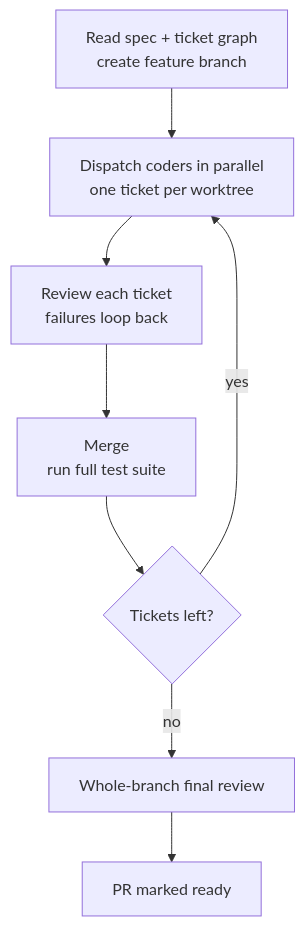
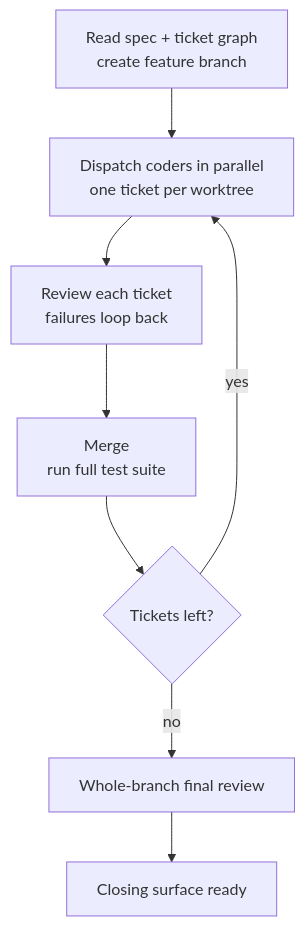
One commit to toomanyopenfiles/pi-matt-implement-flow changed the diagram in README.md. Above: the diagram before and after it, drawn with Mermaid. The commit also changed other lines of this file and 1 other file, not shown here.

````diff
--- a/README.md
+++ b/README.md
@@ -87,10 +102,10 @@
 ```mermaid
 flowchart TD
     A["Read spec + ticket graph<br>create feature branch"] --> B["Dispatch coders in parallel<br>one ticket per worktree"]
     B --> C["Review each ticket<br>failures loop back"]
     C --> D["Merge<br>run full test suite"]
     D --> E{"Tickets left?"}
     E -- yes --> B
     E -- no --> F["Whole-branch final review"]
-    F --> G["PR marked ready"]
+    F --> G["Closing surface ready"]
 ```
````
